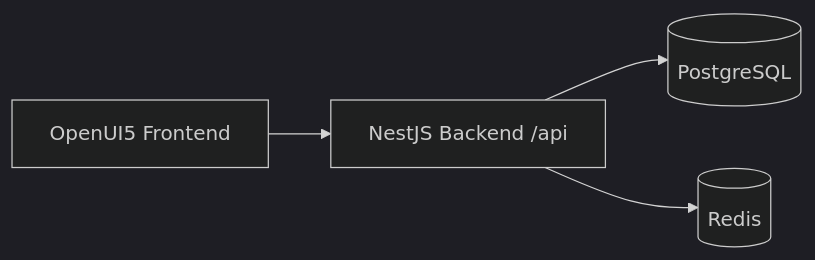
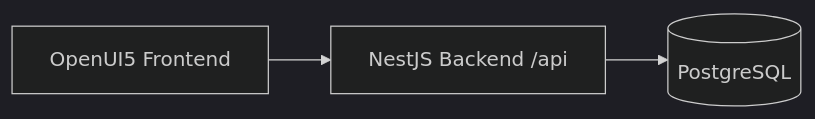
The first of 2 diagrams in docs/tech-stack.md (weizeyuu-bot/message-center-backend), drawn with Mermaid (dark theme) before and after one commit. The commit also changed other lines of this file and 12 other files, not shown here.

Commit message:
refactor: remove redis and keep message-center schema only

````diff
--- a/docs/tech-stack.md
+++ b/docs/tech-stack.md
@@ -14,6 +14,5 @@
 ```mermaid
 flowchart LR
   UI[OpenUI5 Frontend] --> API[NestJS Backend /api]
   API --> PG[(PostgreSQL)]
-  API --> RD[(Redis)]
 ```
````
